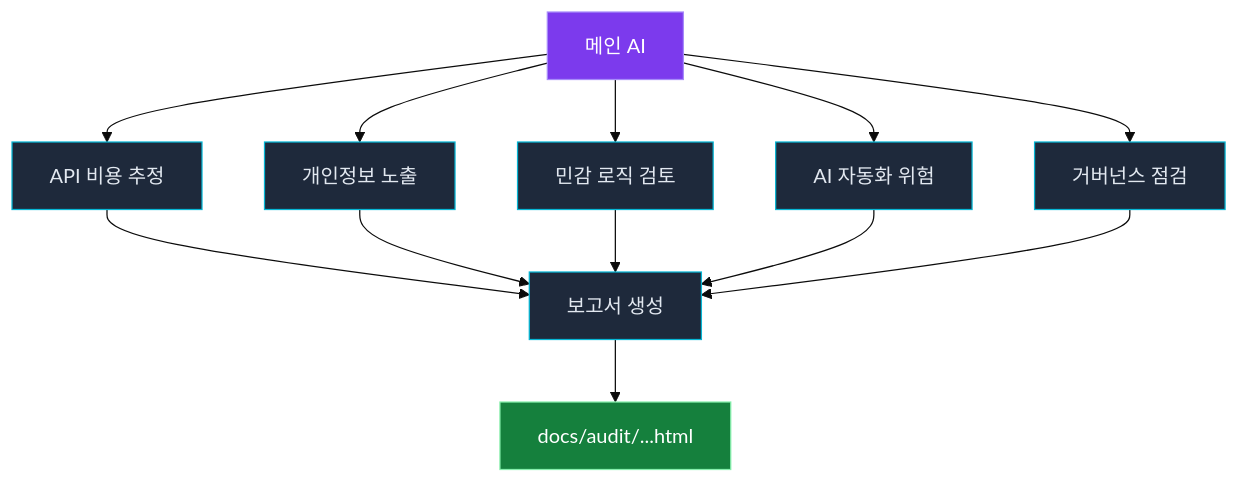
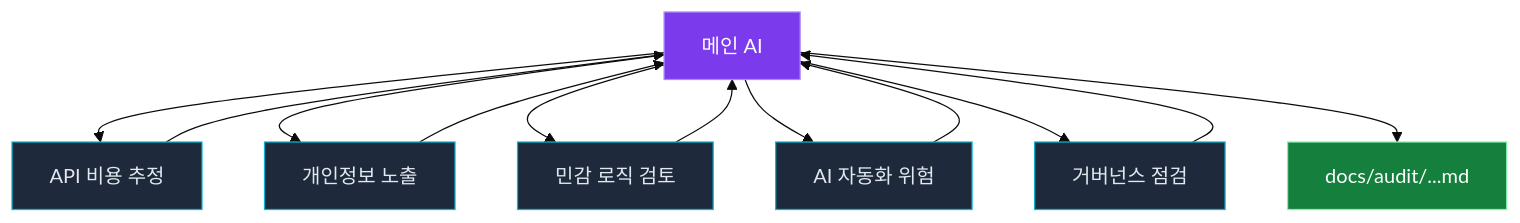
One commit to LonerStayle/js-super changed the fifth of 7 diagrams in README.md. Above: the diagram before and after it, drawn with Mermaid (base theme). The commit also changed other lines of this file, not shown here.

Commit message:
docs(README): audit-risk 안내를 마크다운 산출물 + 규모별 모드로 갱신
소개 문장, 흐름도, 산출물 설명, 명령 목록 표 네 곳을 개편 내용에 맞춤.
흐름도에서 보고서 생성 노드를 없애고 메인이 직접 쓰는 형태로 교체.

````diff
--- a/README.md
+++ b/README.md
@@ -434,19 +434,18 @@
 ```mermaid
 flowchart TD
     classDef main fill:#7c3aed,stroke:#a78bfa,color:#fff
     classDef sub fill:#1e293b,stroke:#06b6d4,color:#e2e8f0
     classDef out fill:#15803d,stroke:#86efac,color:#fff
 
     M[메인 AI]:::main
     A["API 비용 추정"]:::sub
     B["개인정보 노출"]:::sub
     C["민감 로직 검토"]:::sub
     D["AI 자동화 위험"]:::sub
     E["거버넌스 점검"]:::sub
-    F["보고서 생성"]:::sub
-    R["docs/audit/...html"]:::out
+    R["docs/audit/...md"]:::out
 
     M --> A & B & C & D & E
-    A & B & C & D & E --> F
-    F --> R
+    A & B & C & D & E --> M
+    M --> R
 ```
````
